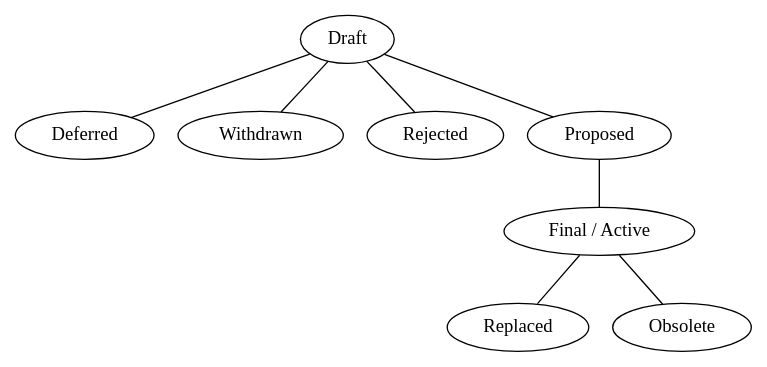
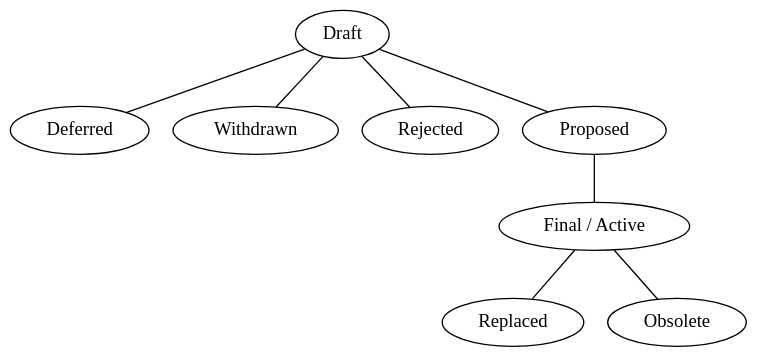
The diagram in bip-0002/process.gv (bitcoin/bips), drawn with Graphviz before and after one commit. The commit also changed 1 other file, not shown here.

Commit message:
Add transparent background

```diff
--- a/bip-0002/process.gv
+++ b/bip-0002/process.gv
@@ -1,12 +1,20 @@
 graph {
-  Draft; Deferred; Withdrawn; Rejected; Proposed;
-  Final_Active [label = "Final / Active"]; Replaced; Obsolete;
+  bgcolor = transparent;
+
+  Draft        [style = filled, fillcolor = white];
+  Deferred     [style = filled, fillcolor = white];
+  Withdrawn    [style = filled, fillcolor = white];
+  Rejected     [style = filled, fillcolor = white];
+  Proposed     [style = filled, fillcolor = white];
+  Final_Active [style = filled, fillcolor = white, label = "Final / Active"];
+  Replaced     [style = filled, fillcolor = white];
+  Obsolete     [style = filled, fillcolor = white];
 
   Draft -- Deferred;
   Draft -- Withdrawn;
   Draft -- Rejected;
   Draft -- Proposed;
   Proposed -- Final_Active;
   Final_Active -- Replaced;
   Final_Active -- Obsolete;
 }
```
